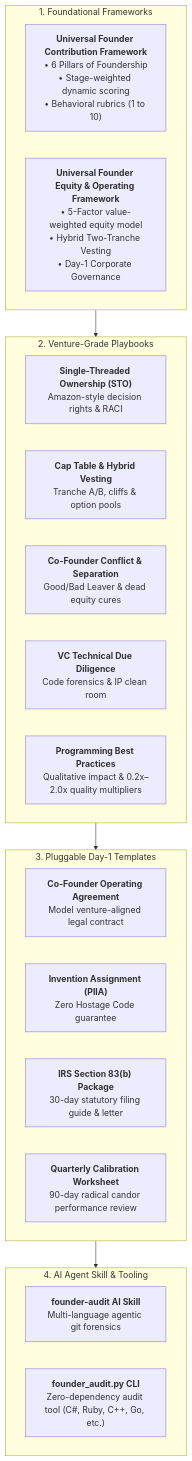
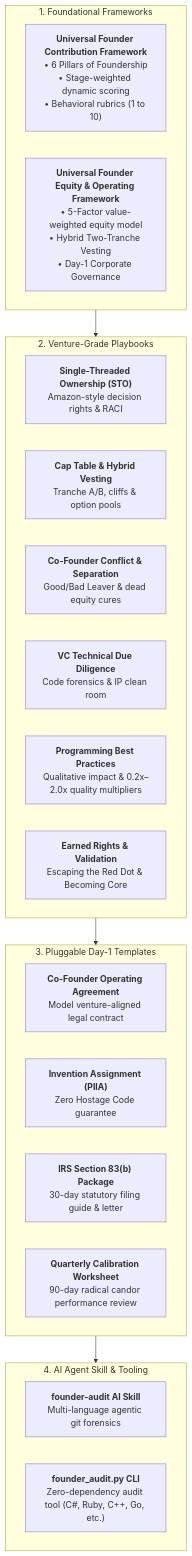
The diagram in README.md (ranjandahal/founders-framework), drawn with Mermaid before and after one commit. The commit also changed other lines of this file and 2 other files, not shown here.

Commit message:
feat: integrate Earned Rights, Atomic ICP, and Becoming Core validation playbook

````diff
--- a/README.md
+++ b/README.md
@@ -25,31 +25,32 @@
 ```mermaid
 graph TD
     subgraph Core ["1. Foundational Frameworks"]
         UFCF["<b>Universal Founder Contribution Framework</b><br/>• 6 Pillars of Foundership<br/>• Stage-weighted dynamic scoring<br/>• Behavioral rubrics (1 to 10)"]
         UEOF["<b>Universal Founder Equity & Operating Framework</b><br/>• 5-Factor value-weighted equity model<br/>• Hybrid Two-Tranche Vesting<br/>• Day-1 Corporate Governance"]
     end
 
     subgraph Playbooks ["2. Venture-Grade Playbooks"]
         STO["<b>Single-Threaded Ownership (STO)</b><br/>Amazon-style decision rights & RACI"]
         CAP["<b>Cap Table & Hybrid Vesting</b><br/>Tranche A/B, cliffs & option pools"]
         CONF["<b>Co-Founder Conflict & Separation</b><br/>Good/Bad Leaver & dead equity cures"]
         DIL["<b>VC Technical Due Diligence</b><br/>Code forensics & IP clean room"]
         BEST["<b>Programming Best Practices</b><br/>Qualitative impact & 0.2x–2.0x quality multipliers"]
+        ETR["<b>Earned Rights & Validation</b><br/>Escaping the Red Dot & Becoming Core"]
     end
 
     subgraph Legal ["3. Pluggable Day-1 Templates"]
         AGR["<b>Co-Founder Operating Agreement</b><br/>Model venture-aligned legal contract"]
         PIIA["<b>Invention Assignment (PIIA)</b><br/>Zero Hostage Code guarantee"]
         TAX["<b>IRS Section 83(b) Package</b><br/>30-day statutory filing guide & letter"]
         FCR["<b>Quarterly Calibration Worksheet</b><br/>90-day radical candor performance review"]
     end
 
     subgraph Automation ["4. AI Agent Skill & Tooling"]
         SKILL["<b>founder-audit AI Skill</b><br/>Multi-language agentic git forensics"]
         CLI["<b>founder_audit.py CLI</b><br/>Zero-dependency audit tool (C#, Ruby, C++, Go, etc.)"]
     end
 
     Core --> Playbooks
     Playbooks --> Legal
     Legal --> Automation
 ```
````
